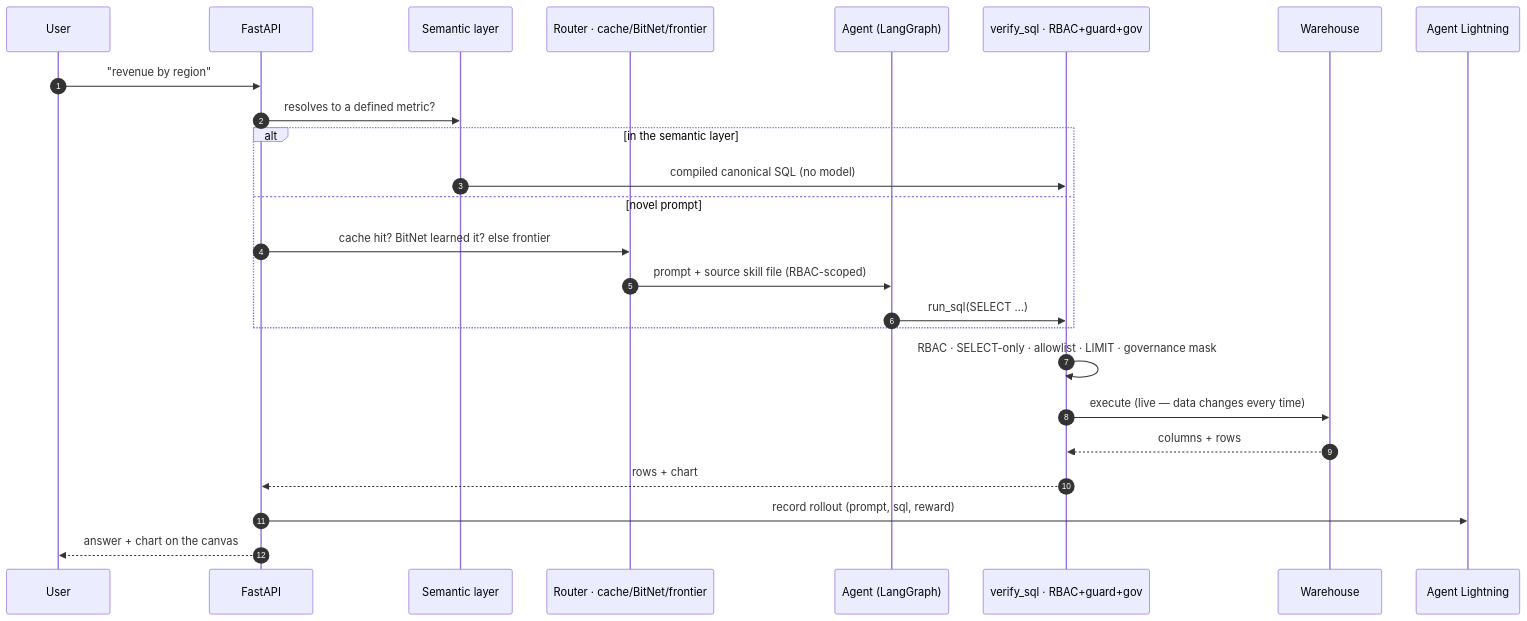
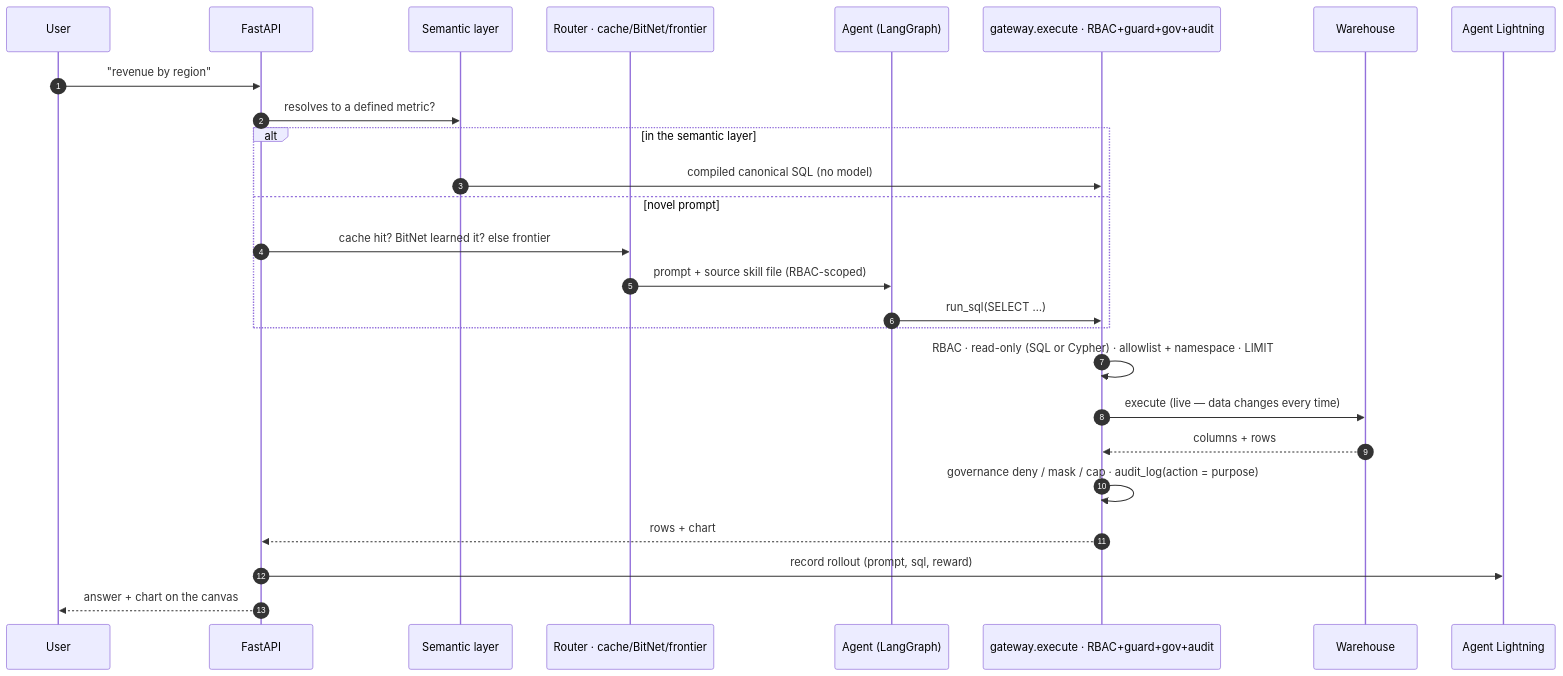
Before and after one commit to rohitkarumanchi745/studio: the second of 12 diagrams in README.md, drawn with Mermaid. The commit also changed other lines of this file and 98 other files, not shown here.

````diff
--- a/README.md
+++ b/README.md
@@ -105,28 +186,29 @@
 ```mermaid
 sequenceDiagram
     autonumber
     participant U as User
     participant API as FastAPI
     participant S as Semantic layer
     participant R as Router · cache/BitNet/frontier
     participant A as Agent (LangGraph)
-    participant G as verify_sql · RBAC+guard+gov
+    participant G as gateway.execute · RBAC+guard+gov+audit
     participant W as Warehouse
     participant L as Agent Lightning
 
     U->>API: "revenue by region"
     API->>S: resolves to a defined metric?
     alt in the semantic layer
         S->>G: compiled canonical SQL (no model)
     else novel prompt
         API->>R: cache hit? BitNet learned it? else frontier
         R->>A: prompt + source skill file (RBAC-scoped)
         A->>G: run_sql(SELECT …)
     end
-    G->>G: RBAC · SELECT-only · allowlist · LIMIT · governance mask
+    G->>G: RBAC · read-only (SQL or Cypher) · allowlist + namespace · LIMIT
     G->>W: execute (live — data changes every time)
     W-->>G: columns + rows
+    G->>G: governance deny / mask / cap · audit_log(action = purpose)
     G-->>API: rows + chart
     API->>L: record rollout (prompt, sql, reward)
     API-->>U: answer + chart on the canvas
 ```
````
